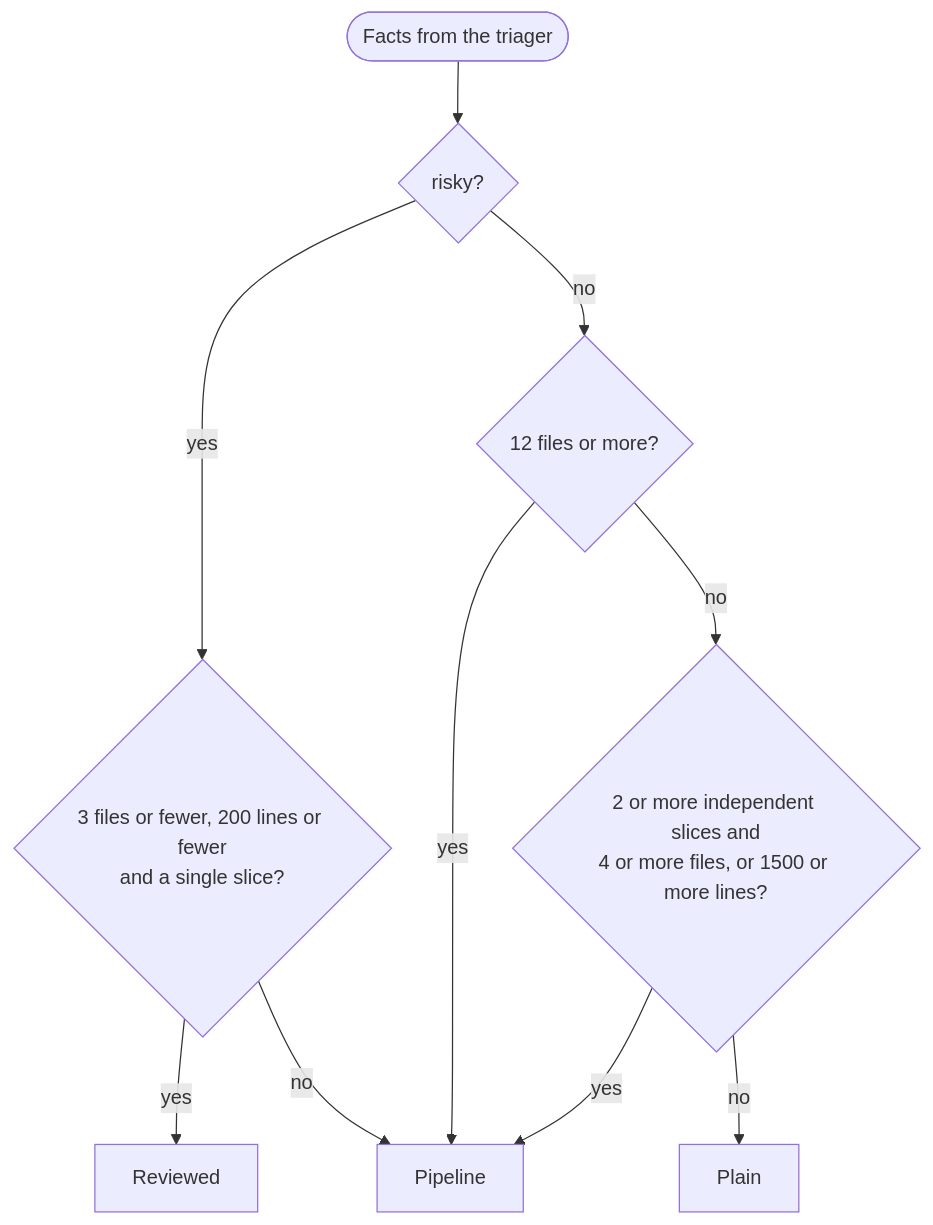
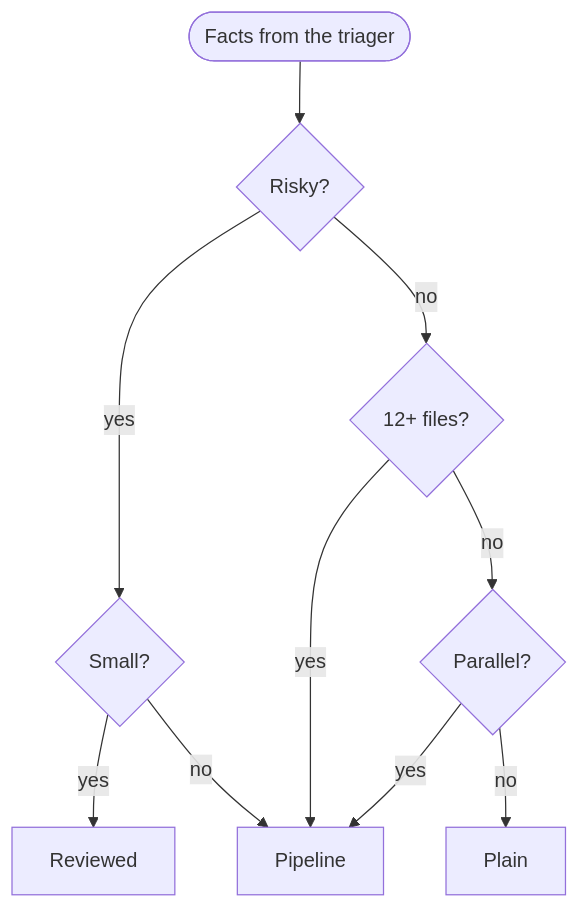
One commit to 0xcvaliente/claude-code-orchestration changed the fourth of 5 diagrams in README.md. Above: the diagram before and after it, drawn with Mermaid. The commit also changed other lines of this file, not shown here.

First line of the commit message:
README: redraw diagrams so they align and stop overflowing

````diff
--- a/README.md
+++ b/README.md
@@ -160,12 +171,12 @@
 ```mermaid
 flowchart TD
-    S([Facts from the triager]) --> Q1{"risky?"}
-    Q1 -->|yes| Q2{"3 files or fewer, 200 lines or fewer<br/>and a single slice?"}
+    S([Facts from the triager]) --> Q1{"Risky?"}
+    Q1 -->|yes| Q2{"Small?"}
+    Q1 -->|no| Q3{"12+ files?"}
     Q2 -->|yes| REV["Reviewed"]
     Q2 -->|no| ORC["Pipeline"]
-    Q1 -->|no| Q3{"12 files or more?"}
     Q3 -->|yes| ORC
-    Q3 -->|no| Q4{"2 or more independent slices and<br/>4 or more files, or 1500 or more lines?"}
+    Q3 -->|no| Q4{"Parallel?"}
     Q4 -->|yes| ORC
     Q4 -->|no| PLA["Plain"]
 ```
````
